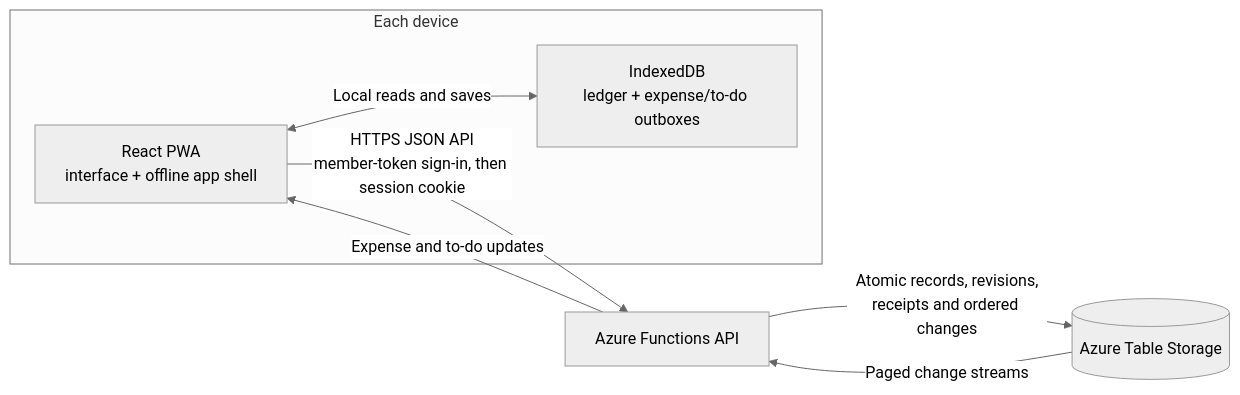
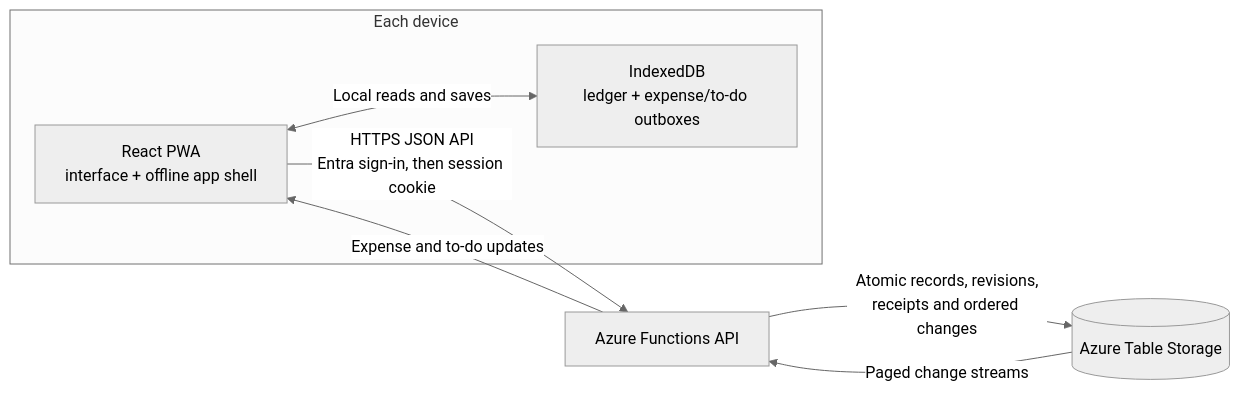
Before and after one commit to jetzlstorfer/splitty: the diagram in README.md, drawn with Mermaid (neutral theme). The commit also changed other lines of this file and 38 other files, not shown here.

Commit message:
Retire member-token sign-in

````diff
--- a/README.md
+++ b/README.md
@@ -47,13 +47,13 @@
 ```mermaid
 flowchart LR
   subgraph device["Each device"]
     app["React PWA<br/>interface + offline app shell"]
     db["IndexedDB<br/>ledger + expense/to-do outboxes"]
     app <-->|"Local reads and saves"| db
   end
 
-  app -->|"HTTPS JSON API<br/>member-token sign-in, then session cookie"| api["Azure Functions API"]
+  app -->|"HTTPS JSON API<br/>Entra sign-in, then session cookie"| api["Azure Functions API"]
   api -->|"Atomic records, revisions,<br/>receipts and ordered changes"| tables[("Azure Table Storage")]
   tables -->|"Paged change streams"| api
   api -->|"Expense and to-do updates"| app
 ```
````
